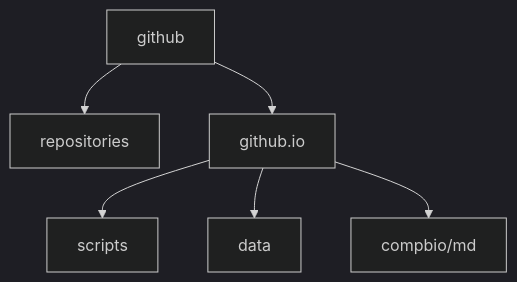
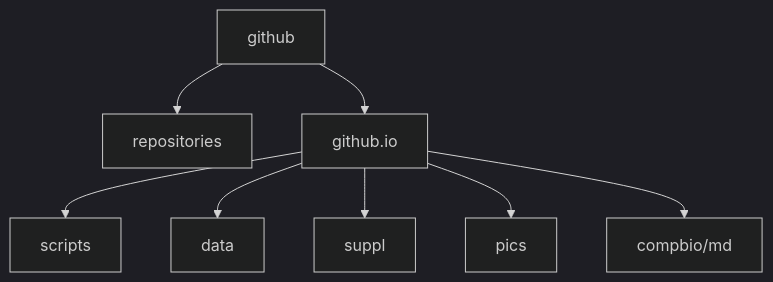
Before and after one commit to eead-csic-compbio/eead-csic-compbio.github.io: the diagram in README.md, drawn with Mermaid (dark theme). The commit also changed other lines of this file, not shown here.

````diff
--- a/README.md
+++ b/README.md
@@ -6,8 +5,10 @@
 ```mermaid
   graph TD;
       github-->repositories;
       github-->github.io
       github.io-->scripts;
       github.io-->data;
+      github.io-->suppl;
+      github.io-->pics;
       github.io-->compbio/md;
 ```
````
